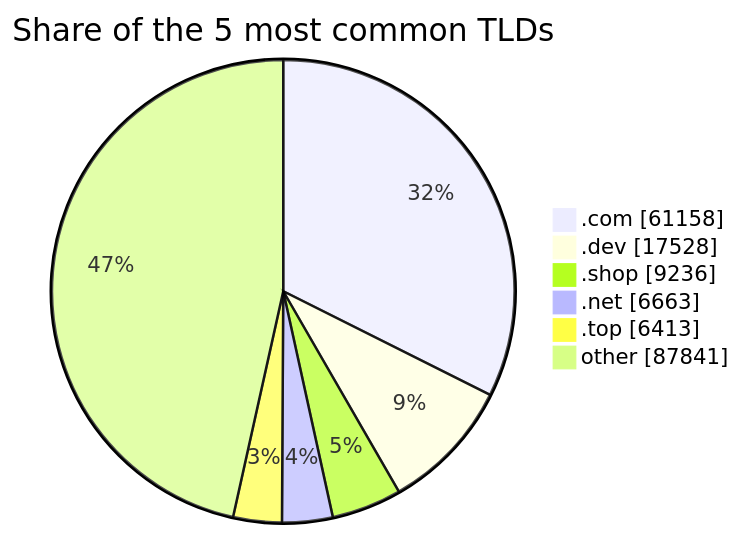
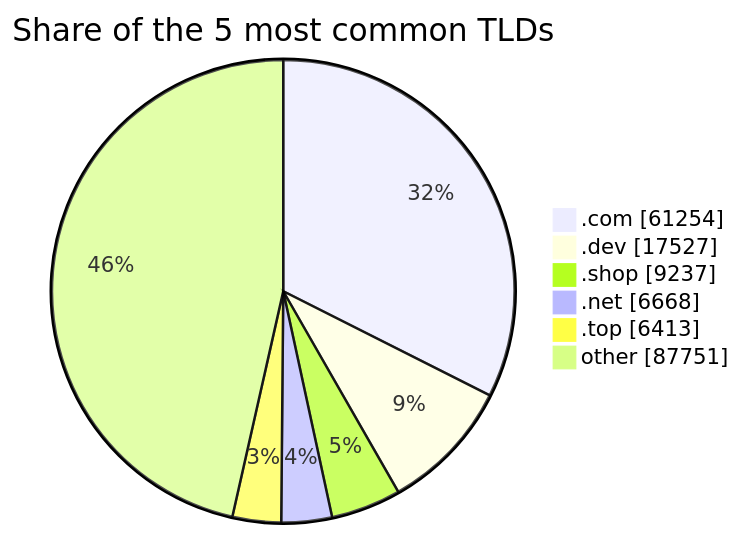
Before and after one commit to DNSBunker/CTI: the third of 3 diagrams in README.md, drawn with Mermaid. The commit also changed other lines of this file and 3 other files, not shown here.

````diff
--- a/README.md
+++ b/README.md
@@ -81,9 +81,9 @@
 ```mermaid
 pie showData title Share of the 5 most common TLDs
-    ".com" : 61158
-    ".dev" : 17528
-    ".shop" : 9236
-    ".net" : 6663
+    ".com" : 61254
+    ".dev" : 17527
+    ".shop" : 9237
+    ".net" : 6668
     ".top" : 6413
-    "other" : 87841
+    "other" : 87751
 ```
````
